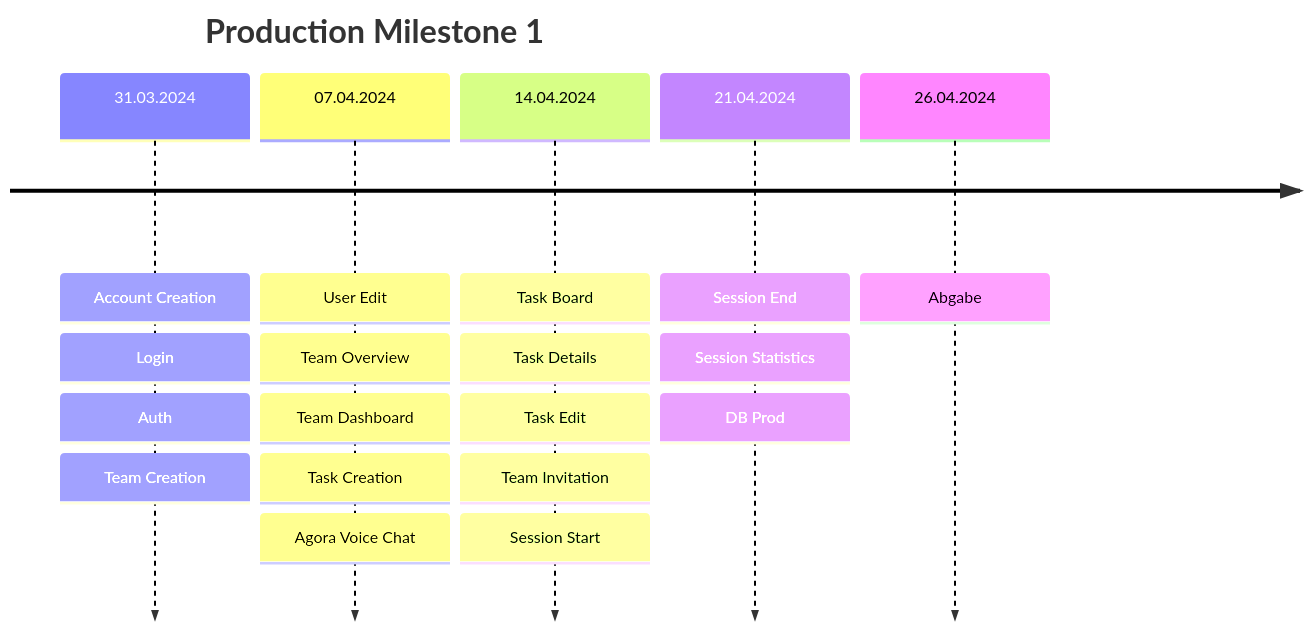
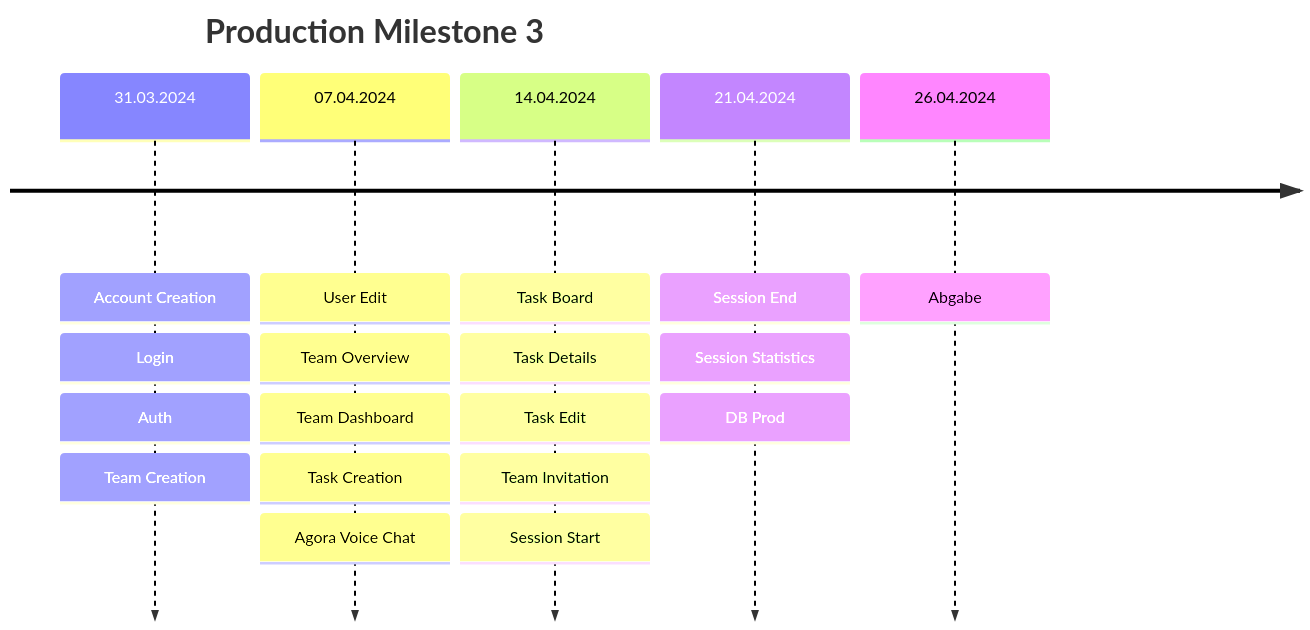
Before and after one commit to sopra-fs24-group07/sopra-fs24-group-07-server: the first of 2 diagrams in contributions.md, drawn with Mermaid. The commit also changed other lines of this file, not shown here.

First line of the commit message:
timeline

````diff
--- a/contributions.md
+++ b/contributions.md
@@ -5,9 +5,9 @@
 ```mermaid
 timeline
-    title Production Milestone 1
+    title Production Milestone 3
     31.03.2024: Account Creation: Login: Auth : Team Creation
     07.04.2024: User Edit: Team Overview: Team Dashboard: Task Creation: Agora Voice Chat
     14.04.2024: Task Board: Task Details: Task Edit: Team Invitation: Session Start
     21.04.2024: Session End: Session Statistics: DB Prod
     26.04.2024: Abgabe
 ```
````
